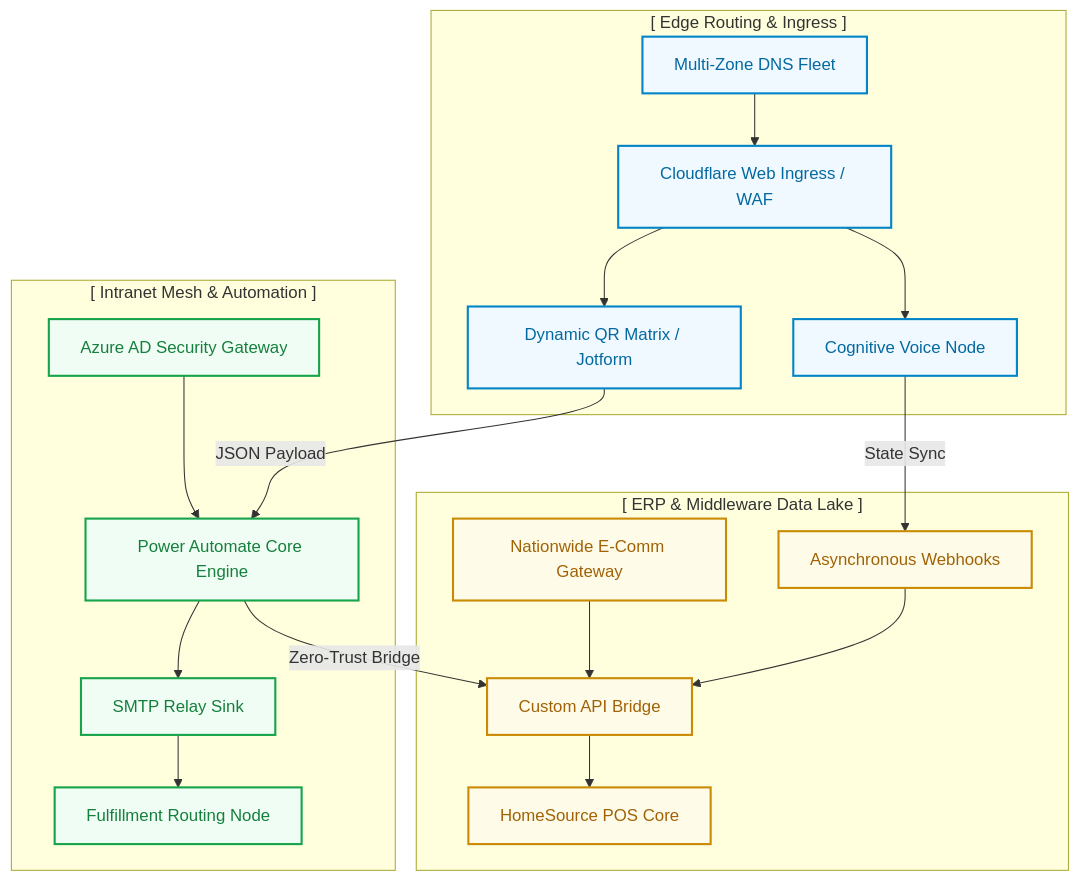
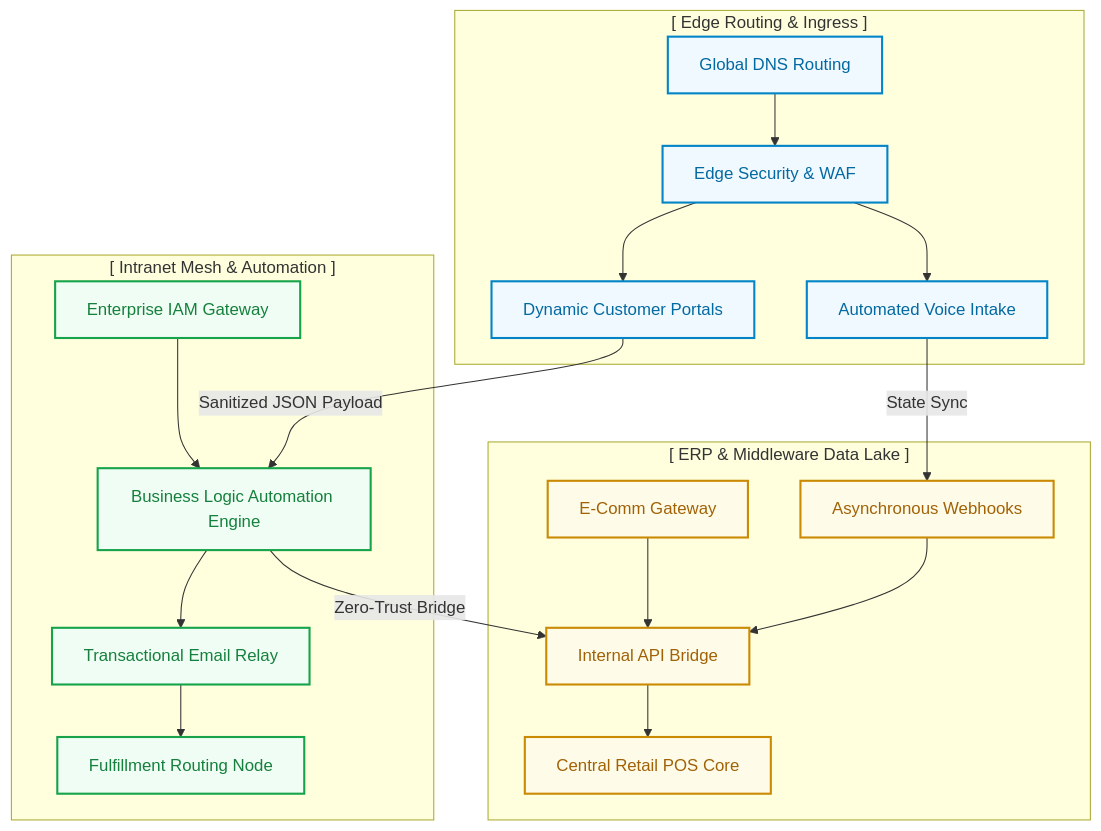
One commit to zjk-ny/RoyalGreenAppliance changed the diagram in README.md. Above: the diagram before and after it, drawn with Mermaid. The commit also changed other lines of this file, not shown here.

````diff
--- a/README.md
+++ b/README.md
@@ -19,46 +18,46 @@
 ```mermaid
 graph TD
     %% Clean, Corporate Styling
     classDef default fill:#ffffff,stroke:#d1d5db,stroke-width:1px,color:#111827,font-family:sans-serif;
     classDef edge fill:#f0f9ff,stroke:#0284c7,stroke-width:2px,color:#0369a1,font-family:sans-serif;
     classDef core fill:#f0fdf4,stroke:#16a34a,stroke-width:2px,color:#15803d,font-family:sans-serif;
     classDef data fill:#fefce8,stroke:#ca8a04,stroke-width:2px,color:#a16207,font-family:sans-serif;
 
     subgraph INGRESS ["[ Edge Routing & Ingress ]"]
-        DNS["Multi-Zone DNS Fleet"]:::edge
-        WAF["Cloudflare Web Ingress / WAF"]:::edge
-        QR["Dynamic QR Matrix / Jotform"]:::edge
-        VOICE["Cognitive Voice Node"]:::edge
+        DNS["Global DNS Routing"]:::edge
+        WAF["Edge Security & WAF"]:::edge
+        FORMS["Dynamic Customer Portals"]:::edge
+        VOICE["Automated Voice Intake"]:::edge
         
         DNS --> WAF
-        WAF --> QR
+        WAF --> FORMS
         WAF --> VOICE
     end
 
     subgraph AUTOMATION ["[ Intranet Mesh & Automation ]"]
-        AAD["Azure AD Security Gateway"]:::core
-        PAM["Power Automate Core Engine"]:::core
-        SMTP["SMTP Relay Sink"]:::core
+        IAM["Enterprise IAM Gateway"]:::core
+        AUTO["Business Logic Automation Engine"]:::core
+        SMTP["Transactional Email Relay"]:::core
         FULFILL["Fulfillment Routing Node"]:::core
 
-        AAD --> PAM
-        PAM --> SMTP
+        IAM --> AUTO
+        AUTO --> SMTP
         SMTP --> FULFILL
     end
 
     subgraph ERP ["[ ERP & Middleware Data Lake ]"]
-        ECOMM["Nationwide E-Comm Gateway"]:::data
+        ECOMM["E-Comm Gateway"]:::data
         WEBHOOK["Asynchronous Webhooks"]:::data
-        API["Custom API Bridge"]:::data
-        POS["HomeSource POS Core"]:::data
+        API["Internal API Bridge"]:::data
+        POS["Central Retail POS Core"]:::data
 
         ECOMM --> API
         WEBHOOK --> API
         API --> POS
     end
 
     %% Cross-Mesh Routing
-    QR -- "JSON Payload" --> PAM
+    FORMS -- "Sanitized JSON Payload" --> AUTO
     VOICE -- "State Sync" --> WEBHOOK
-    PAM -- "Zero-Trust Bridge" --> API
+    AUTO -- "Zero-Trust Bridge" --> API
 ```
````
